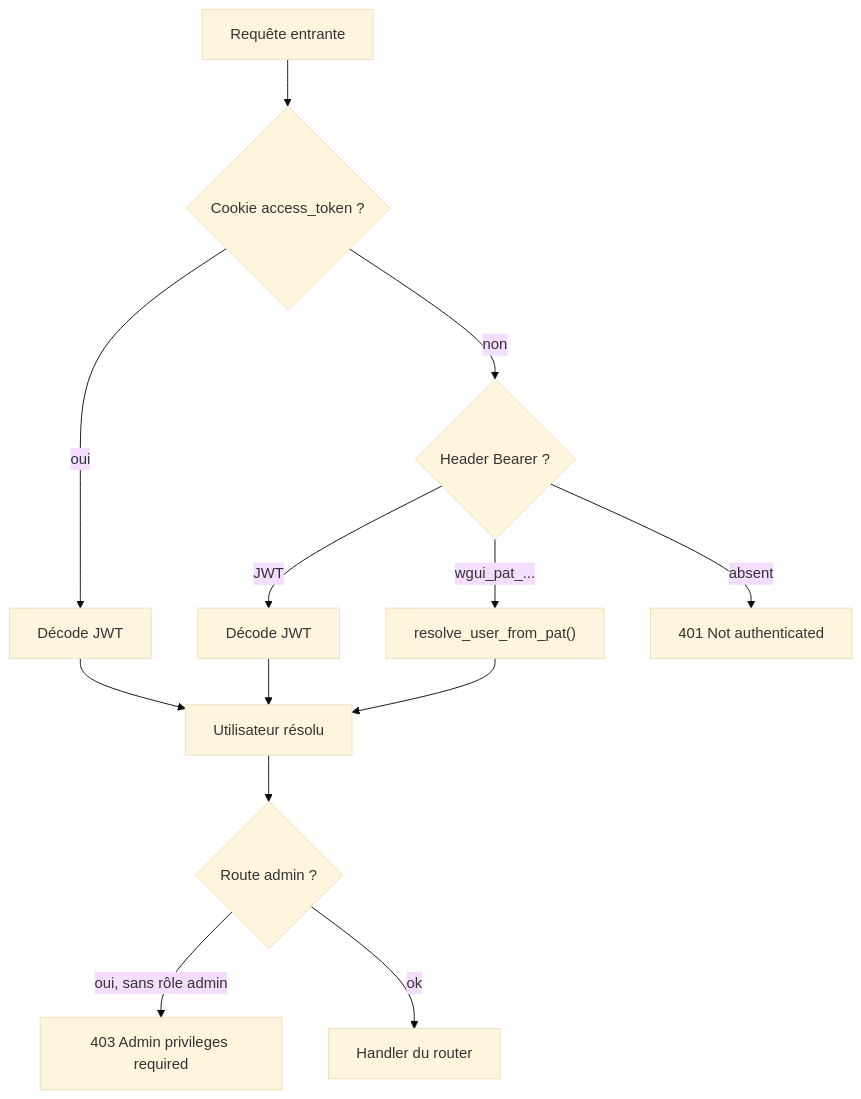
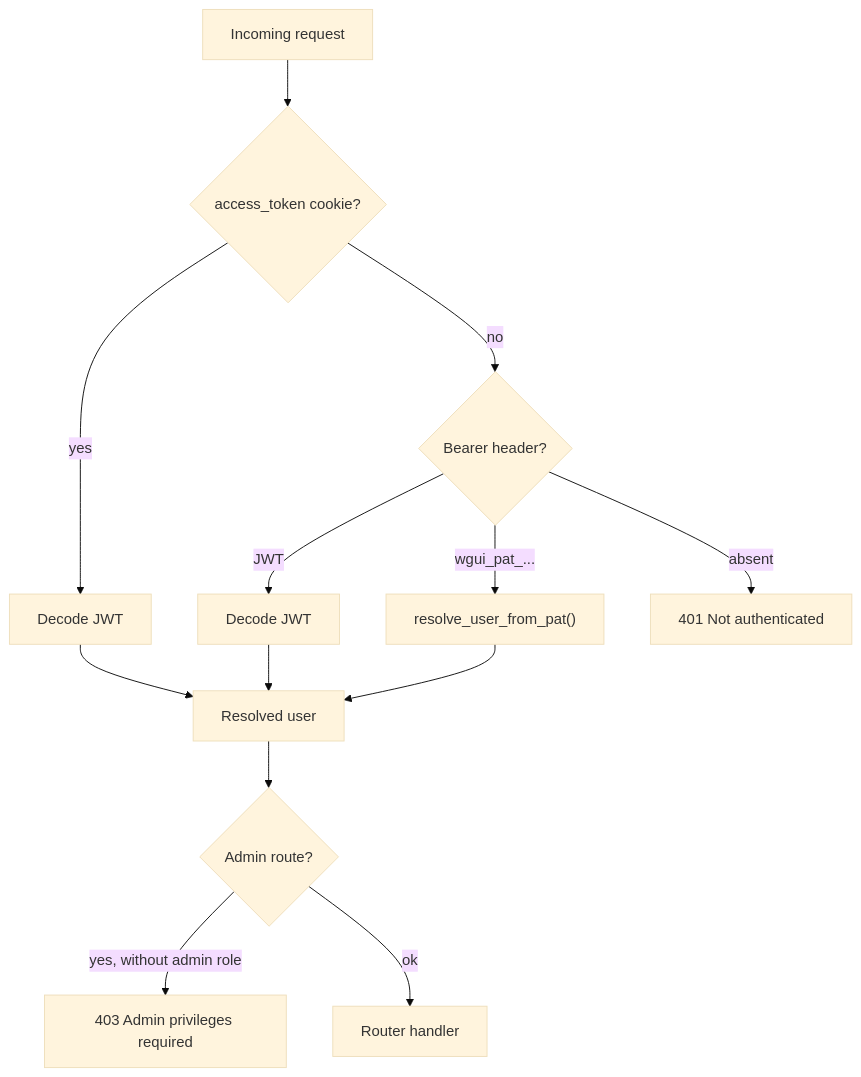
One commit to cyr-ius/wireguard-ui changed the diagram in docs/fonctions/authentification.md. Above: the diagram before and after it, drawn with Mermaid (base theme). The commit also changed other lines of this file and 28 other files, not shown here.

````diff
--- a/docs/fonctions/authentification.md
+++ b/docs/fonctions/authentification.md
@@ -9,15 +9,15 @@
 ```mermaid
 flowchart TD
-    Req["Requête entrante"] --> HasCookie{"Cookie access_token ?"}
-    HasCookie -->|oui| JWT1[Décode JWT]
-    HasCookie -->|non| HasBearer{"Header Bearer ?"}
+    Req["Incoming request"] --> HasCookie{"access_token cookie?"}
+    HasCookie -->|yes| JWT1[Decode JWT]
+    HasCookie -->|no| HasBearer{"Bearer header?"}
     HasBearer -->|"wgui_pat_..."| PAT["resolve_user_from_pat()"]
-    HasBearer -->|JWT| JWT2[Décode JWT]
+    HasBearer -->|JWT| JWT2[Decode JWT]
     HasBearer -->|absent| E401["401 Not authenticated"]
-    JWT1 --> User[Utilisateur résolu]
+    JWT1 --> User[Resolved user]
     JWT2 --> User
     PAT --> User
-    User --> AdminCheck{"Route admin ?"}
-    AdminCheck -->|oui, sans rôle admin| E403["403 Admin privileges required"]
-    AdminCheck -->|ok| Handler["Handler du router"]
+    User --> AdminCheck{"Admin route?"}
+    AdminCheck -->|yes, without admin role| E403["403 Admin privileges required"]
+    AdminCheck -->|ok| Handler["Router handler"]
 ```
````
